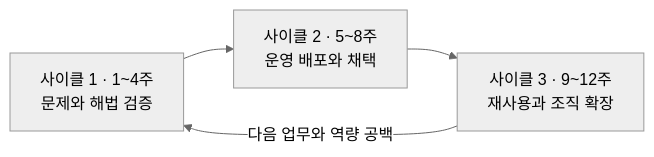
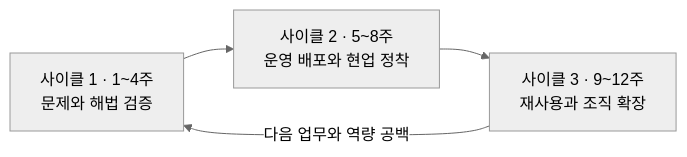
The diagram in learning-paths/12-week-practice.md (woogi-kang/ax-engineer-roadmap), drawn with Mermaid (neutral theme) before and after one commit. The commit also changed other lines of this file and 91 other files, not shown here.

Commit message:
docs: make the roadmap AX Engineer focused

````diff
--- a/learning-paths/12-week-practice.md
+++ b/learning-paths/12-week-practice.md
@@ -7,6 +7,6 @@
 ```mermaid
 flowchart LR
-    C1["사이클 1 · 1~4주<br/>문제와 해법 검증"] --> C2["사이클 2 · 5~8주<br/>운영 배포와 채택"]
+    C1["사이클 1 · 1~4주<br/>문제와 해법 검증"] --> C2["사이클 2 · 5~8주<br/>운영 배포와 현업 정착"]
     C2 --> C3["사이클 3 · 9~12주<br/>재사용과 조직 확장"]
     C3 -->|"다음 업무와 역량 공백"| C1
 ```
````
